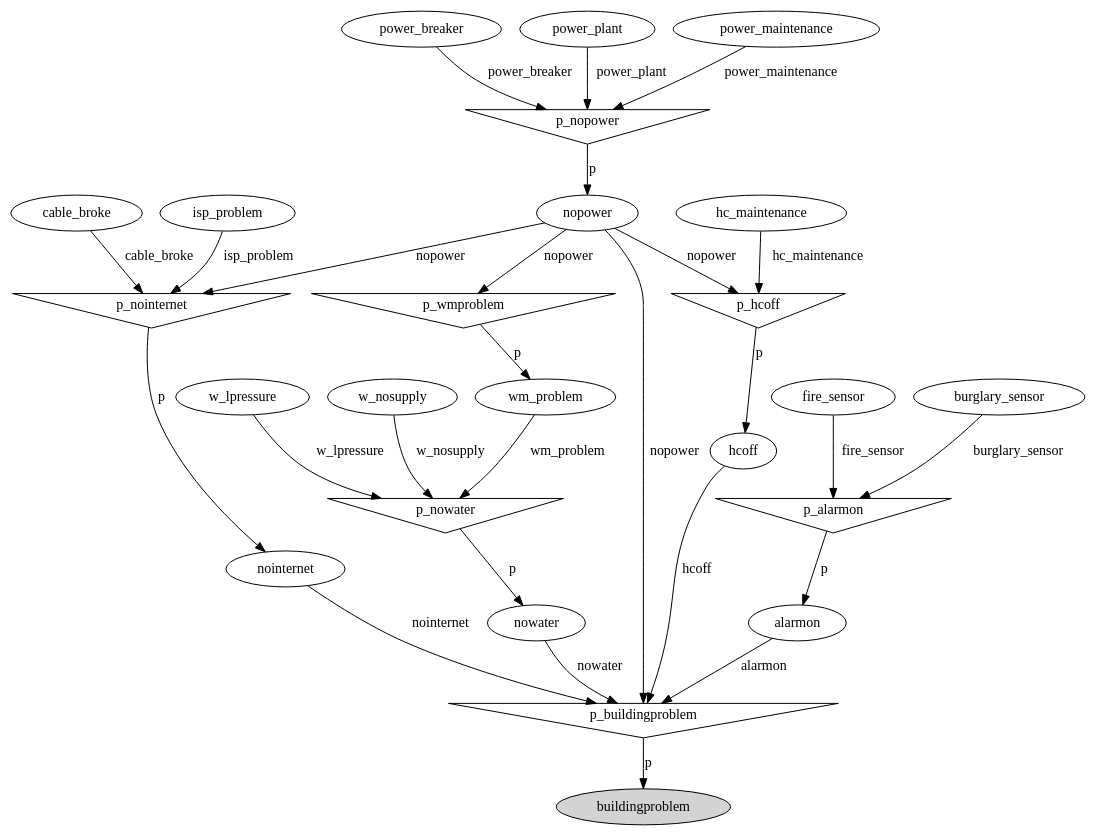
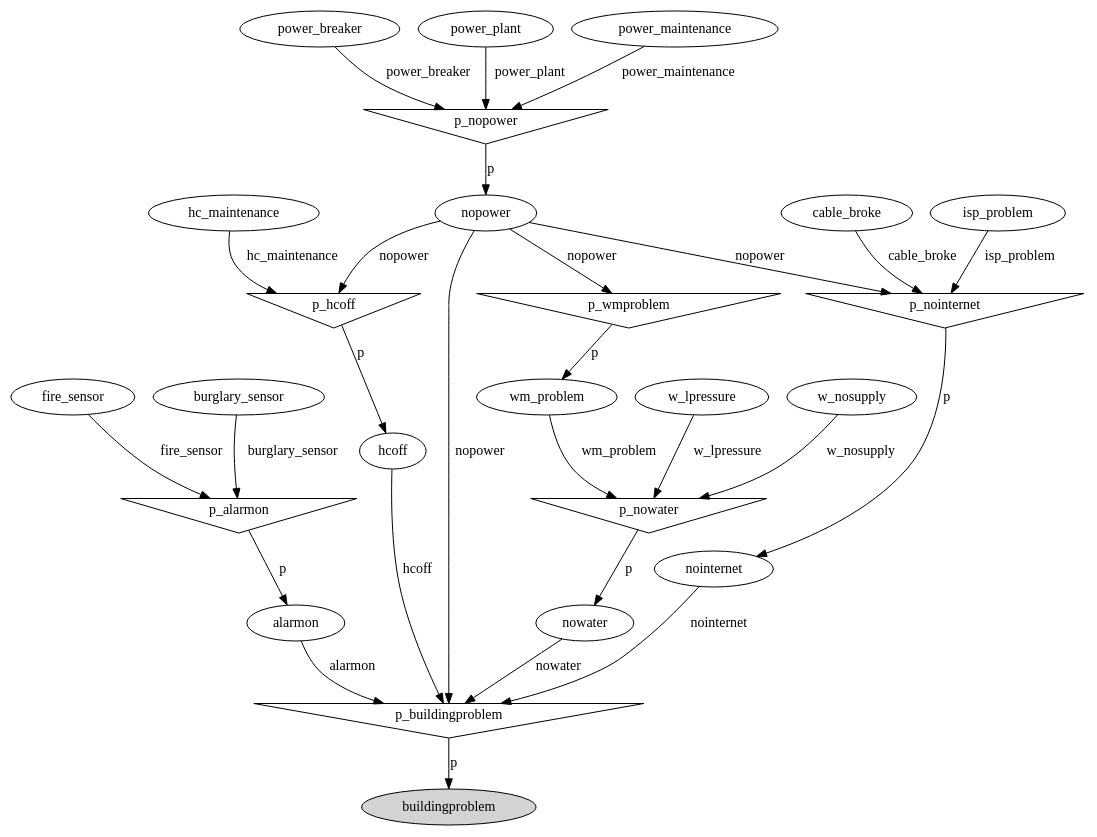
One commit to rolisanchez/ai-project-mcmc changed the diagram in container.dot. Above: the diagram before and after it, drawn with Graphviz. The commit also changed other lines of this file and 32 other files, not shown here.

```diff
--- a/container.dot
+++ b/container.dot
@@ -1,52 +1,52 @@
 digraph G {
+buildingproblem [style=filled];
+p_buildingproblem [shape=invtriangle];
+p_buildingproblem -> buildingproblem  [label=p];
+alarmon;
+alarmon -> p_buildingproblem  [label=alarmon];
+p_alarmon [shape=invtriangle];
+p_alarmon -> alarmon  [label=p];
+fire_sensor;
+fire_sensor -> p_alarmon  [label=fire_sensor];
+burglary_sensor;
+burglary_sensor -> p_alarmon  [label=burglary_sensor];
+hcoff;
+hcoff -> p_buildingproblem  [label=hcoff];
 p_hcoff [shape=invtriangle];
+p_hcoff -> hcoff  [label=p];
 hc_maintenance;
 hc_maintenance -> p_hcoff  [label=hc_maintenance];
 nopower;
 nopower -> p_hcoff  [label=nopower];
 p_nopower [shape=invtriangle];
 p_nopower -> nopower  [label=p];
 power_breaker;
 power_breaker -> p_nopower  [label=power_breaker];
 power_plant;
 power_plant -> p_nopower  [label=power_plant];
 power_maintenance;
 power_maintenance -> p_nopower  [label=power_maintenance];
+nointernet;
+nointernet -> p_buildingproblem  [label=nointernet];
+p_nointernet [shape=invtriangle];
+p_nointernet -> nointernet  [label=p];
+nopower -> p_nointernet  [label=nopower];
+cable_broke;
+cable_broke -> p_nointernet  [label=cable_broke];
 isp_problem;
-w_nosupply;
-alarmon;
-p_alarmon [shape=invtriangle];
-p_alarmon -> alarmon  [label=p];
-fire_sensor;
-fire_sensor -> p_alarmon  [label=fire_sensor];
-burglary_sensor;
-burglary_sensor -> p_alarmon  [label=burglary_sensor];
+isp_problem -> p_nointernet  [label=isp_problem];
+nowater;
+nowater -> p_buildingproblem  [label=nowater];
 p_nowater [shape=invtriangle];
+p_nowater -> nowater  [label=p];
 w_lpressure;
 w_lpressure -> p_nowater  [label=w_lpressure];
+w_nosupply;
 w_nosupply -> p_nowater  [label=w_nosupply];
 wm_problem;
 wm_problem -> p_nowater  [label=wm_problem];
 p_wmproblem [shape=invtriangle];
 p_wmproblem -> wm_problem  [label=p];
 nopower -> p_wmproblem  [label=nopower];
-nointernet;
-p_nointernet [shape=invtriangle];
-p_nointernet -> nointernet  [label=p];
-nopower -> p_nointernet  [label=nopower];
-cable_broke;
-cable_broke -> p_nointernet  [label=cable_broke];
-isp_problem -> p_nointernet  [label=isp_problem];
-hcoff;
-p_hcoff -> hcoff  [label=p];
-nowater;
-p_nowater -> nowater  [label=p];
-p_buildingproblem [shape=invtriangle];
-alarmon -> p_buildingproblem  [label=alarmon];
-hcoff -> p_buildingproblem  [label=hcoff];
-nointernet -> p_buildingproblem  [label=nointernet];
-nowater -> p_buildingproblem  [label=nowater];
 nopower -> p_buildingproblem  [label=nopower];
-buildingproblem [style=filled];
-p_buildingproblem -> buildingproblem  [label=p];
 }
```
